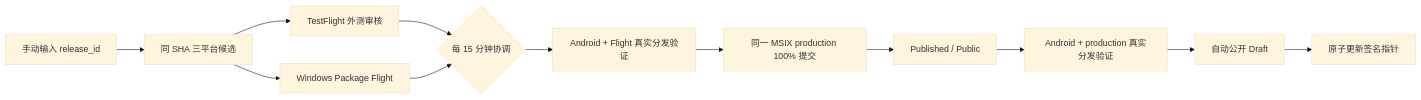
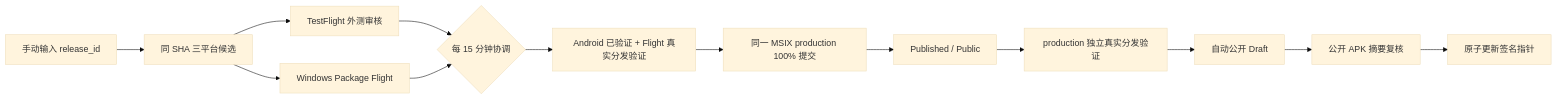
Before and after one commit to zhangheng2022/meet_trace: the diagram in docs/project/GitHub_版本发布流程.md, drawn with Mermaid (base theme). The commit also changed other lines of this file and 20 other files, not shown here.

````diff
--- a/docs/project/GitHub_版本发布流程.md
+++ b/docs/project/GitHub_版本发布流程.md
@@ -19,14 +19,15 @@
 ```mermaid
 flowchart LR
   A[手动输入 release_id] --> B[同 SHA 三平台候选]
   B --> C[TestFlight 外测审核]
   B --> D[Windows Package Flight]
   C --> E{每 15 分钟协调}
   D --> E
-  E --> F[Android + Flight 真实分发验证]
+  E --> F[Android 已验证 + Flight 真实分发验证]
   F --> G[同一 MSIX production 100% 提交]
   G --> H[Published / Public]
-  H --> I[Android + production 真实分发验证]
+  H --> I[production 独立真实分发验证]
   I --> J[自动公开 Draft]
-  J --> K[原子更新签名指针]
+  J --> K[公开 APK 摘要复核]
+  K --> L[原子更新签名指针]
 ```
````
